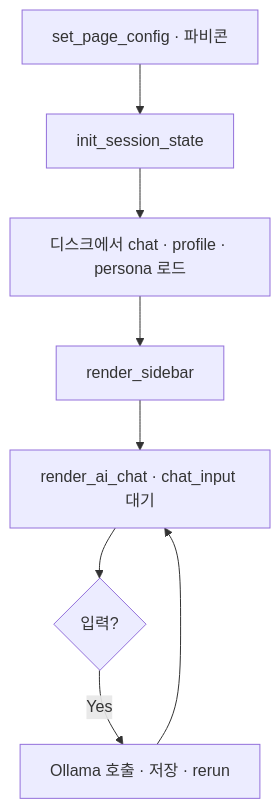
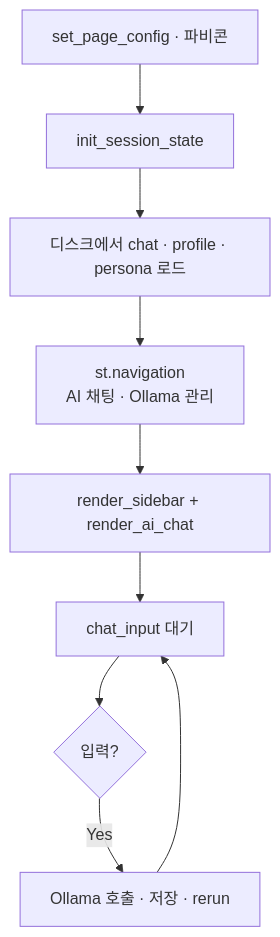
The seventh of 7 diagrams in README.md (sumin-ma-1/basic-sw-tech-sm), drawn with Mermaid before and after one commit. The commit also changed other lines of this file and 3 other files, not shown here.

````diff
--- a/README.md
+++ b/README.md
@@ -238,10 +259,11 @@
 ```mermaid
 flowchart TD
     S1["set_page_config · 파비콘"] --> S2["init_session_state"]
     S2 --> S3["디스크에서 chat · profile · persona 로드"]
-    S3 --> S4["render_sidebar"]
-    S4 --> S5["render_ai_chat · chat_input 대기"]
-    S5 --> S6{"입력?"}
-    S6 -->|Yes| S7["Ollama 호출 · 저장 · rerun"]
-    S7 --> S5
+    S3 --> S4["st.navigation<br/>AI 채팅 · Ollama 관리"]
+    S4 --> S5["render_sidebar + render_ai_chat"]
+    S5 --> S6["chat_input 대기"]
+    S6 --> S7{"입력?"}
+    S7 -->|Yes| S8["Ollama 호출 · 저장 · rerun"]
+    S8 --> S6
 ```
````
